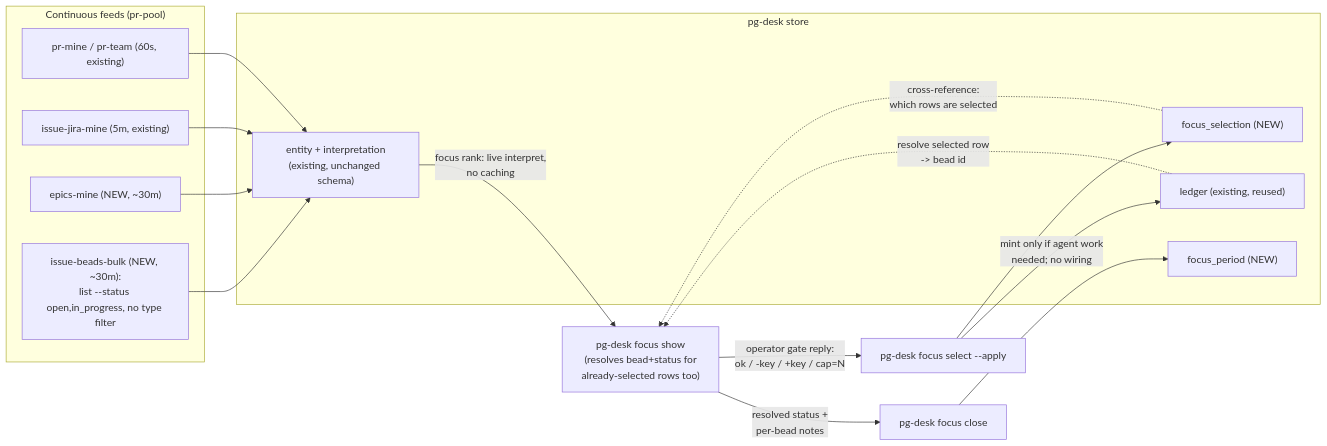
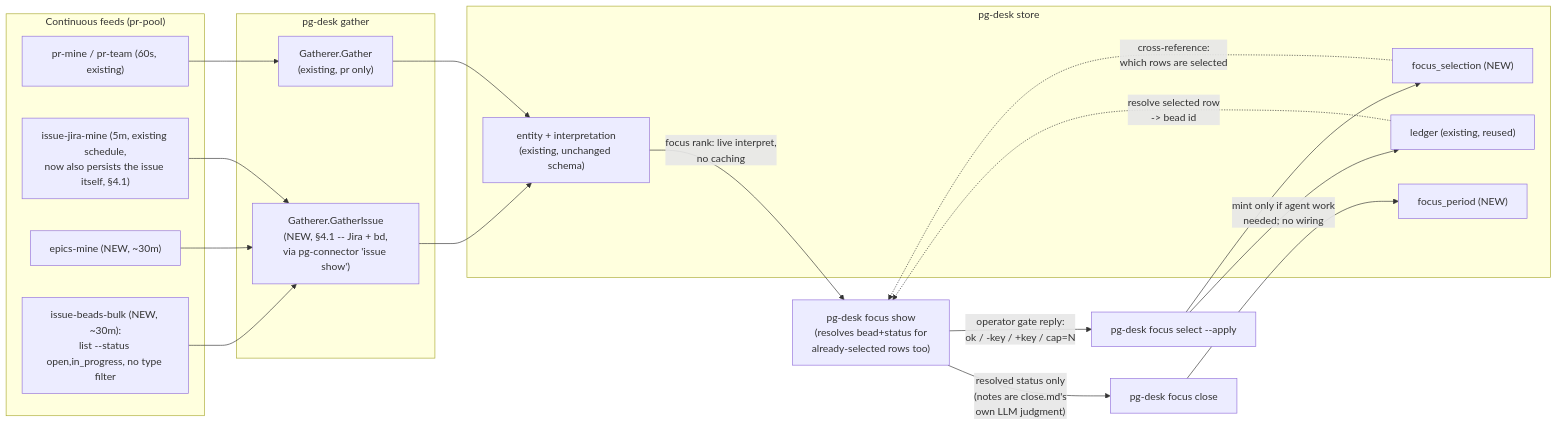
One commit to phillipgreenii/nix-agent-support changed the diagram in docs/superpowers/specs/2026-09-23-daily-focus-store-first-design.md. Above: the diagram before and after it, drawn with Mermaid. The commit also changed other lines of this file, not shown here.

````diff
--- a/docs/superpowers/specs/2026-09-23-daily-focus-store-first-design.md
+++ b/docs/superpowers/specs/2026-09-23-daily-focus-store-first-design.md
@@ -52,27 +53,32 @@
 ```mermaid
 flowchart LR
     subgraph feeds["Continuous feeds (pr-pool)"]
         F1["pr-mine / pr-team (60s, existing)"]
-        F2["issue-jira-mine (5m, existing)"]
+        F2["issue-jira-mine (5m, existing schedule,\nnow also persists the issue itself, §4.1)"]
         F3["epics-mine (NEW, ~30m)"]
         F4["issue-beads-bulk (NEW, ~30m):\nlist --status open,in_progress, no type filter"]
+    end
+    subgraph gather["pg-desk gather"]
+        GPR["Gatherer.Gather\n(existing, pr only)"]
+        GISS["Gatherer.GatherIssue\n(NEW, §4.1 -- Jira + bd,\nvia pg-connector 'issue show')"]
     end
     subgraph store["pg-desk store"]
         E["entity + interpretation\n(existing, unchanged schema)"]
         FS["focus_selection (NEW)"]
         FP["focus_period (NEW)"]
         L["ledger (existing, reused)"]
     end
-    F1 --> E
-    F2 --> E
-    F3 --> E
-    F4 --> E
+    F1 --> GPR --> E
+    F2 --> GISS
+    F3 --> GISS
+    F4 --> GISS
+    GISS --> E
     E -->|"focus rank: live interpret,\nno caching"| SHOW["pg-desk focus show\n(resolves bead+status for\nalready-selected rows too)"]
     FS -.->|"cross-reference:\nwhich rows are selected"| SHOW
     L -.->|"resolve selected row\n-> bead id"| SHOW
     SHOW -->|"operator gate reply:\nok / -key / +key / cap=N"| SELECT["pg-desk focus select --apply"]
     SELECT --> FS
     SELECT -->|"mint only if agent work\nneeded; no wiring"| L
-    SHOW -->|"resolved status +\nper-bead notes"| CLOSE["pg-desk focus close"]
+    SHOW -->|"resolved status only\n(notes are close.md's\nown LLM judgment)"| CLOSE["pg-desk focus close"]
     CLOSE --> FP
 ```
````
